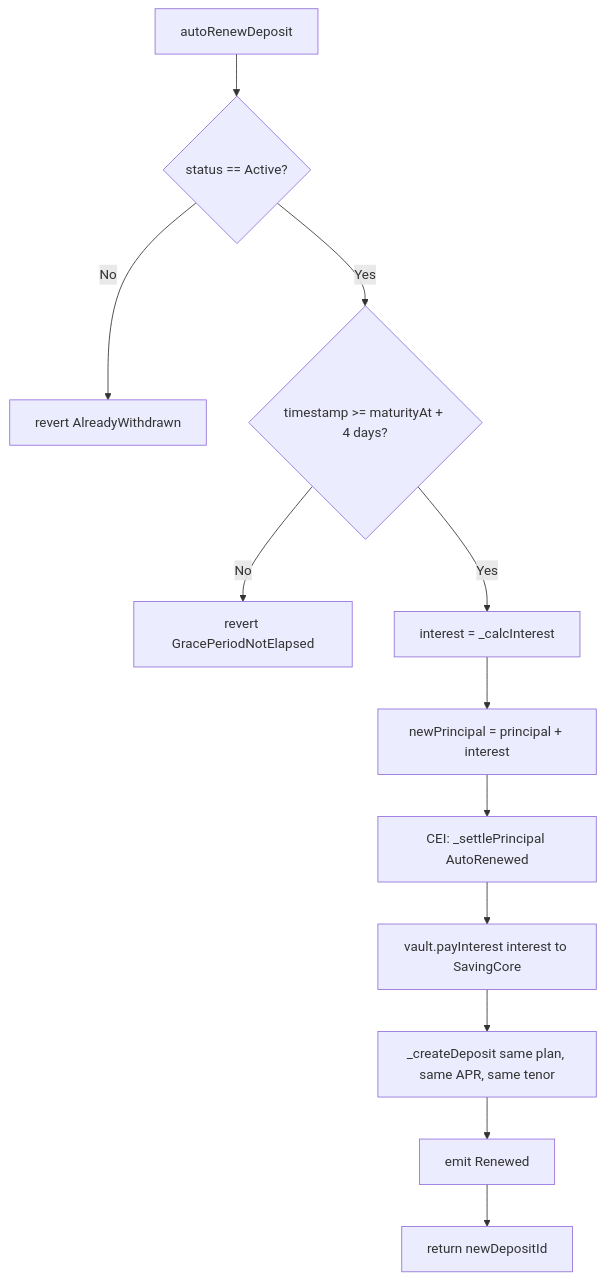
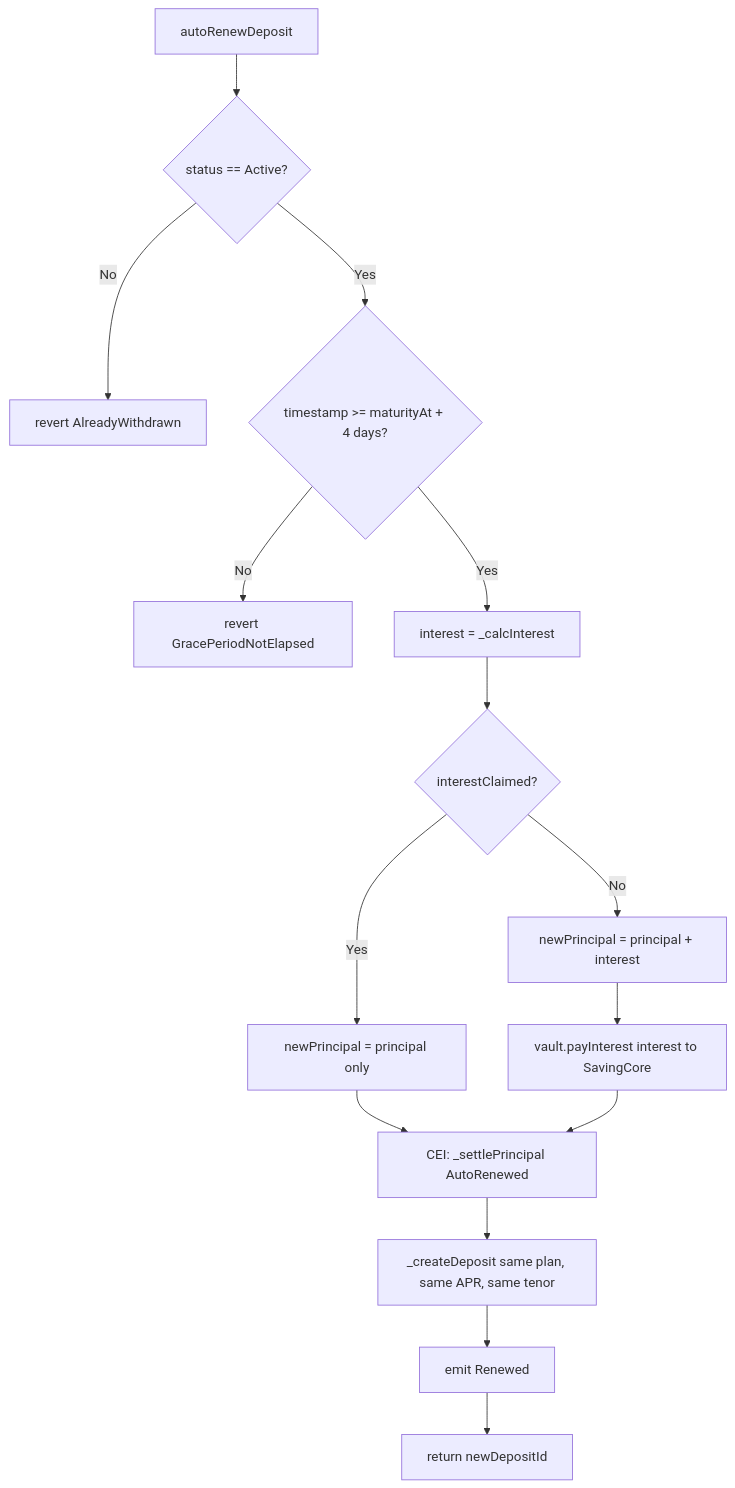
The seventh of 8 diagrams in docs/Reports/bugs/state-machine-status.md (yang-sin-pal/AC_BlockChain_Online_Saving), drawn with Mermaid before and after one commit. The commit also changed other lines of this file and 2 other files, not shown here.

Commit message:
feat: update autoRenewDeposit logic to handle interestClaimed status, ensuring principal only renewal when interest is claimed

````diff
--- a/docs/Reports/bugs/state-machine-status.md
+++ b/docs/Reports/bugs/state-machine-status.md
@@ -251,14 +319,19 @@
 ```mermaid
 flowchart TD
     A[autoRenewDeposit] --> B{status == Active?}
     B -- No --> R1[revert AlreadyWithdrawn]
     B -- Yes --> C{timestamp >= maturityAt + 4 days?}
     C -- No --> R2[revert GracePeriodNotElapsed]
     C -- Yes --> D[interest = _calcInterest]
-    D --> E[newPrincipal = principal + interest]
-    E --> F[CEI: _settlePrincipal AutoRenewed]
-    F --> G[vault.payInterest interest to SavingCore]
-    G --> H[_createDeposit same plan, same APR, same tenor]
-    H --> I[emit Renewed]
-    I --> J[return newDepositId]
+
+    D --> G{interestClaimed?}
+    G -- Yes --> H[newPrincipal = principal only]
+    G -- No --> I[newPrincipal = principal + interest]
+    I --> J[vault.payInterest interest to SavingCore]
+
+    H --> K[CEI: _settlePrincipal AutoRenewed]
+    J --> K
+    K --> L[_createDeposit same plan, same APR, same tenor]
+    L --> M[emit Renewed]
+    M --> N[return newDepositId]
 ```
````
